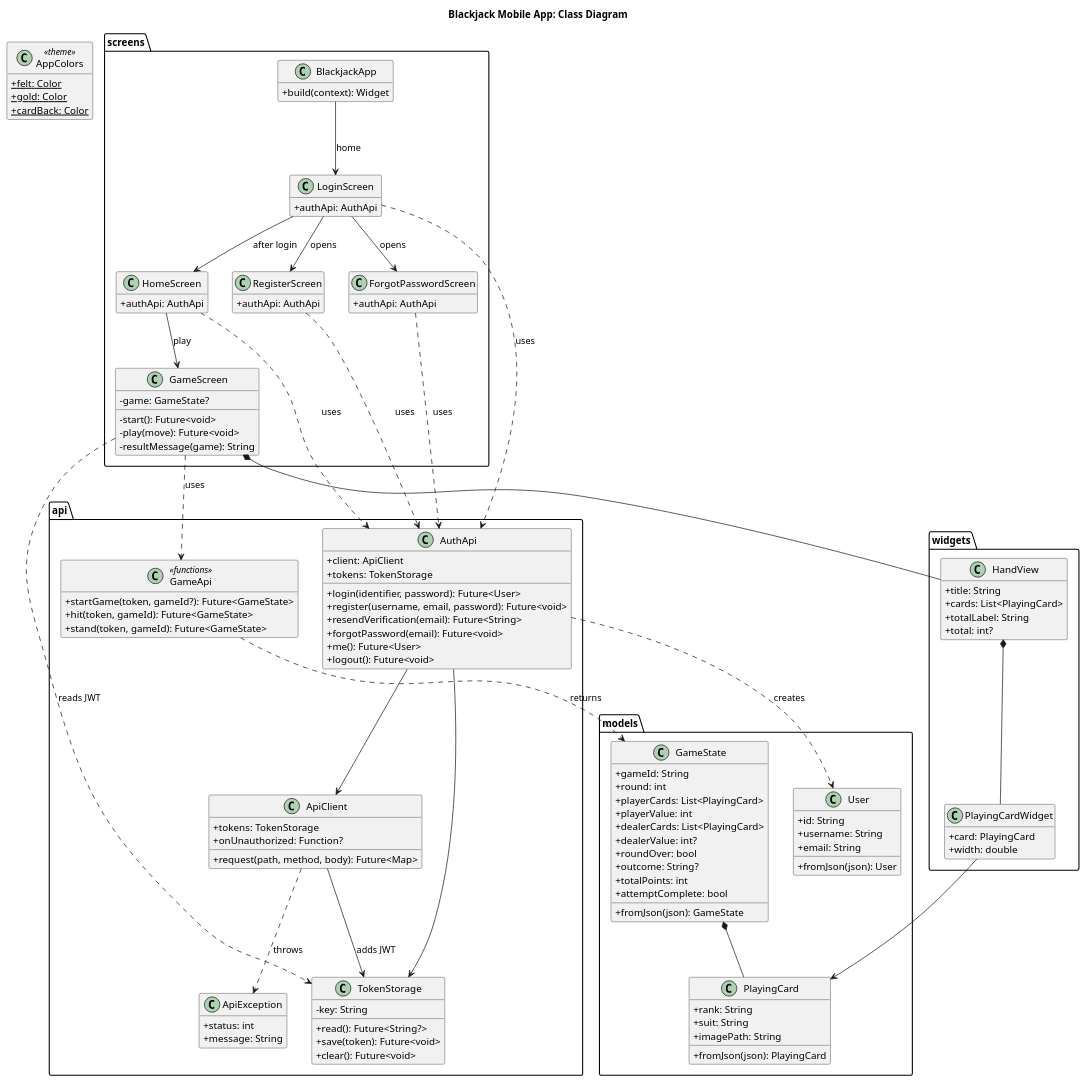
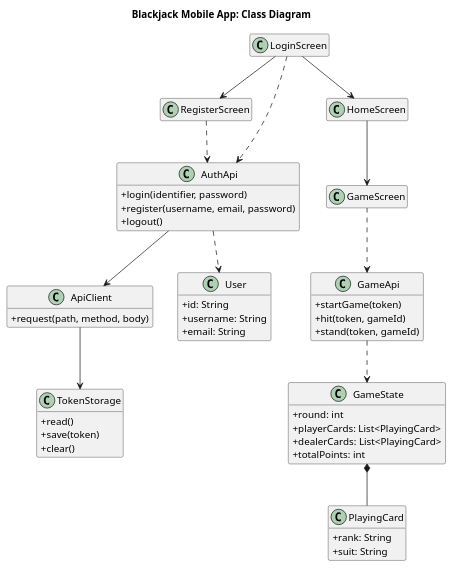
The diagram in diagrams/mobile-class.puml (cunkin375/cop4331-large-project), drawn with PlantUML before and after one commit.

Commit message:
simplify mobile class diagram

```diff
--- a/diagrams/mobile-class.puml
+++ b/diagrams/mobile-class.puml
@@ -1,137 +1,66 @@
 @startuml mobile-class
 ' Class diagram for the Flutter mobile app (mobile/lib).
-' Covers main plus the game screen (PR #28) and the home screen with logout.
 ' Render at https://www.plantuml.com/plantuml or with the VS Code PlantUML extension.
 title Blackjack Mobile App: Class Diagram
 hide empty members
 skinparam classAttributeIconSize 0
 
-package screens {
-  class BlackjackApp {
-    +build(context): Widget
-  }
-  class LoginScreen {
-    +authApi: AuthApi
-  }
-  class RegisterScreen {
-    +authApi: AuthApi
-  }
-  class ForgotPasswordScreen {
-    +authApi: AuthApi
-  }
-  class HomeScreen {
-    +authApi: AuthApi
-  }
-  class GameScreen {
-    -game: GameState?
-    -start(): Future<void>
-    -play(move): Future<void>
-    -resultMessage(game): String
-  }
+class LoginScreen
+class RegisterScreen
+class HomeScreen
+class GameScreen
+
+class AuthApi {
+  +login(identifier, password)
+  +register(username, email, password)
+  +logout()
 }
 
-package widgets {
-  class HandView {
-    +title: String
-    +cards: List<PlayingCard>
-    +totalLabel: String
-    +total: int?
-  }
-  class PlayingCardWidget {
-    +card: PlayingCard
-    +width: double
-  }
+class GameApi {
+  +startGame(token)
+  +hit(token, gameId)
+  +stand(token, gameId)
 }
 
-package api {
-  class AuthApi {
-    +client: ApiClient
-    +tokens: TokenStorage
-    +login(identifier, password): Future<User>
-    +register(username, email, password): Future<void>
-    +resendVerification(email): Future<String>
-    +forgotPassword(email): Future<void>
-    +me(): Future<User>
-    +logout(): Future<void>
-  }
-  class GameApi <<functions>> {
-    +startGame(token, gameId?): Future<GameState>
-    +hit(token, gameId): Future<GameState>
-    +stand(token, gameId): Future<GameState>
-  }
-  class ApiClient {
-    +tokens: TokenStorage
-    +onUnauthorized: Function?
-    +request(path, method, body): Future<Map>
-  }
-  class TokenStorage {
-    -key: String
-    +read(): Future<String?>
-    +save(token): Future<void>
-    +clear(): Future<void>
-  }
-  class ApiException {
-    +status: int
-    +message: String
-  }
+class ApiClient {
+  +request(path, method, body)
 }
 
-package models {
-  class User {
-    +id: String
-    +username: String
-    +email: String
-    +fromJson(json): User
-  }
-  class GameState {
-    +gameId: String
-    +round: int
-    +playerCards: List<PlayingCard>
-    +playerValue: int
-    +dealerCards: List<PlayingCard>
-    +dealerValue: int?
-    +roundOver: bool
-    +outcome: String?
-    +totalPoints: int
-    +attemptComplete: bool
-    +fromJson(json): GameState
-  }
-  class PlayingCard {
-    +rank: String
-    +suit: String
-    +imagePath: String
-    +fromJson(json): PlayingCard
-  }
+class TokenStorage {
+  +read()
+  +save(token)
+  +clear()
 }
 
-class AppColors <<theme>> {
-  {static} +felt: Color
-  {static} +gold: Color
-  {static} +cardBack: Color
+class User {
+  +id: String
+  +username: String
+  +email: String
 }
 
-BlackjackApp --> LoginScreen : home
-LoginScreen --> RegisterScreen : opens
-LoginScreen --> ForgotPasswordScreen : opens
-LoginScreen --> HomeScreen : after login
-HomeScreen --> GameScreen : play
+class GameState {
+  +round: int
+  +playerCards: List<PlayingCard>
+  +dealerCards: List<PlayingCard>
+  +totalPoints: int
+}
 
-LoginScreen ..> AuthApi : uses
-RegisterScreen ..> AuthApi : uses
-ForgotPasswordScreen ..> AuthApi : uses
-HomeScreen ..> AuthApi : uses
+class PlayingCard {
+  +rank: String
+  +suit: String
+}
+
+LoginScreen --> RegisterScreen
+LoginScreen --> HomeScreen
+HomeScreen --> GameScreen
+
+LoginScreen ..> AuthApi
+RegisterScreen ..> AuthApi
+GameScreen ..> GameApi
 
 AuthApi --> ApiClient
-AuthApi --> TokenStorage
-ApiClient --> TokenStorage : adds JWT
-ApiClient ..> ApiException : throws
-AuthApi ..> User : creates
-
-GameScreen ..> GameApi : uses
-GameScreen ..> TokenStorage : reads JWT
-GameApi ..> GameState : returns
+ApiClient --> TokenStorage
+AuthApi ..> User
+GameApi ..> GameState
 GameState *-- PlayingCard
-GameScreen *-- HandView
-HandView *-- PlayingCardWidget
-PlayingCardWidget --> PlayingCard
 @enduml
```
